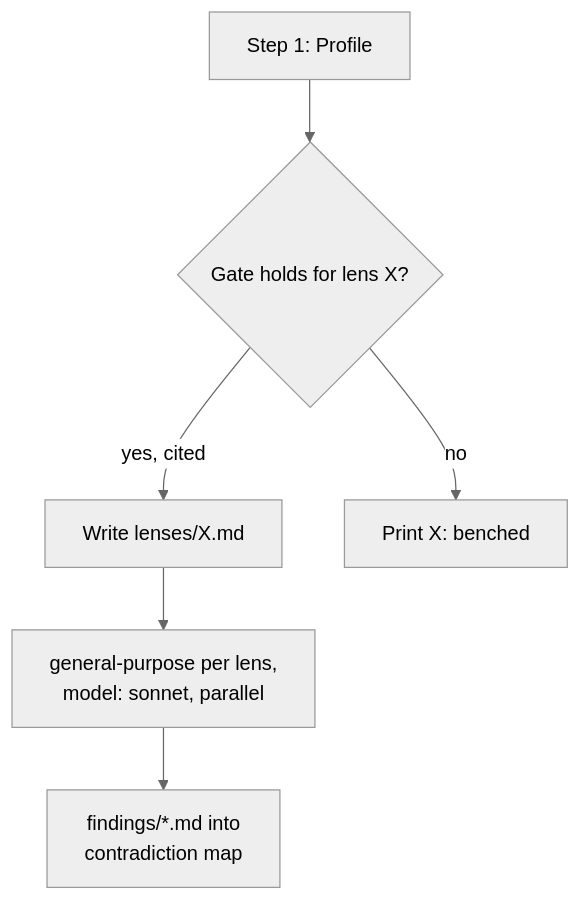
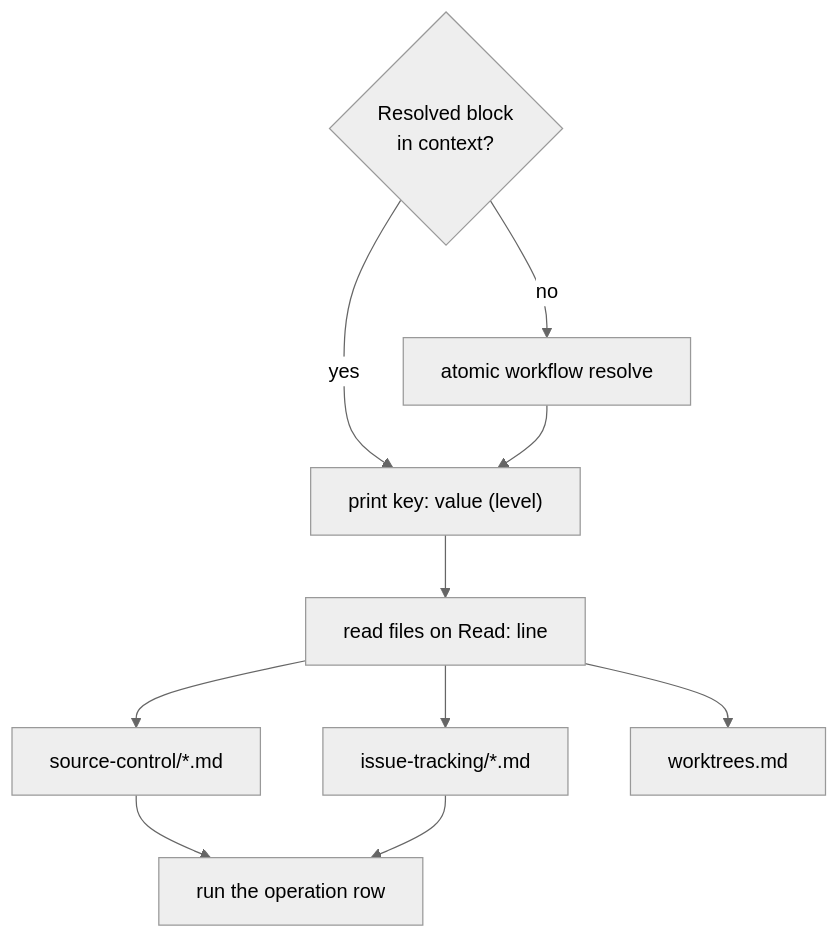
Before and after one commit to damusix/atomic-claude: the seventh of 12 diagrams in docs/wiki/workflow.md, drawn with Mermaid (neutral theme). The commit also changed other lines of this file and 795 other files, not shown here.

First line of the commit message:
feat!: run Atomic on Claude Code, OMP, and Codex

````diff
--- a/docs/wiki/workflow.md
+++ b/docs/wiki/workflow.md
@@ -227,9 +173,13 @@
 ```mermaid
 flowchart TD
-    %% source: context/commands/challenge-swarm.md
-    P["Step 1: Profile"] --> G{"Gate holds for lens X?"}
-    G -->|yes, cited| S["Write lenses/X.md"]
-    G -->|no| B["Print X: benched"]
-    S --> D["general-purpose per lens,<br/>model: sonnet, parallel"]
-    D --> M["findings/*.md into<br/>contradiction map"]
+    %% source: docs/design/workflow-preferences.md (command side only); context/_partials/resolved-provider.md, context/skills/atomic-git-discipline/references/resolution.md
+    Q{"Resolved block<br/>in context?"} -->|yes| K["print key: value (level)"]
+    Q -->|no| R["atomic workflow resolve"]
+    R --> K
+    K --> L["read files on Read: line"]
+    L --> SC["source-control/*.md"]
+    L --> IT["issue-tracking/*.md"]
+    L --> WT["worktrees.md"]
+    SC --> O["run the operation row"]
+    IT --> O
 ```
````
